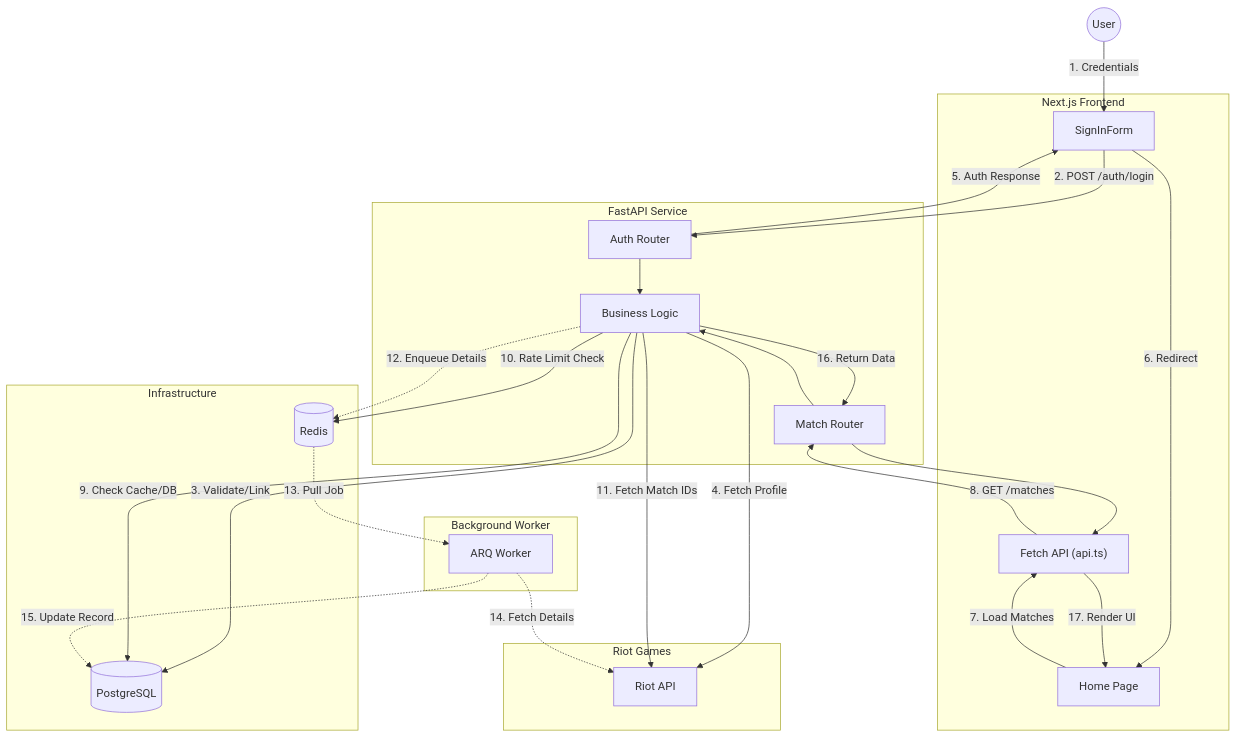
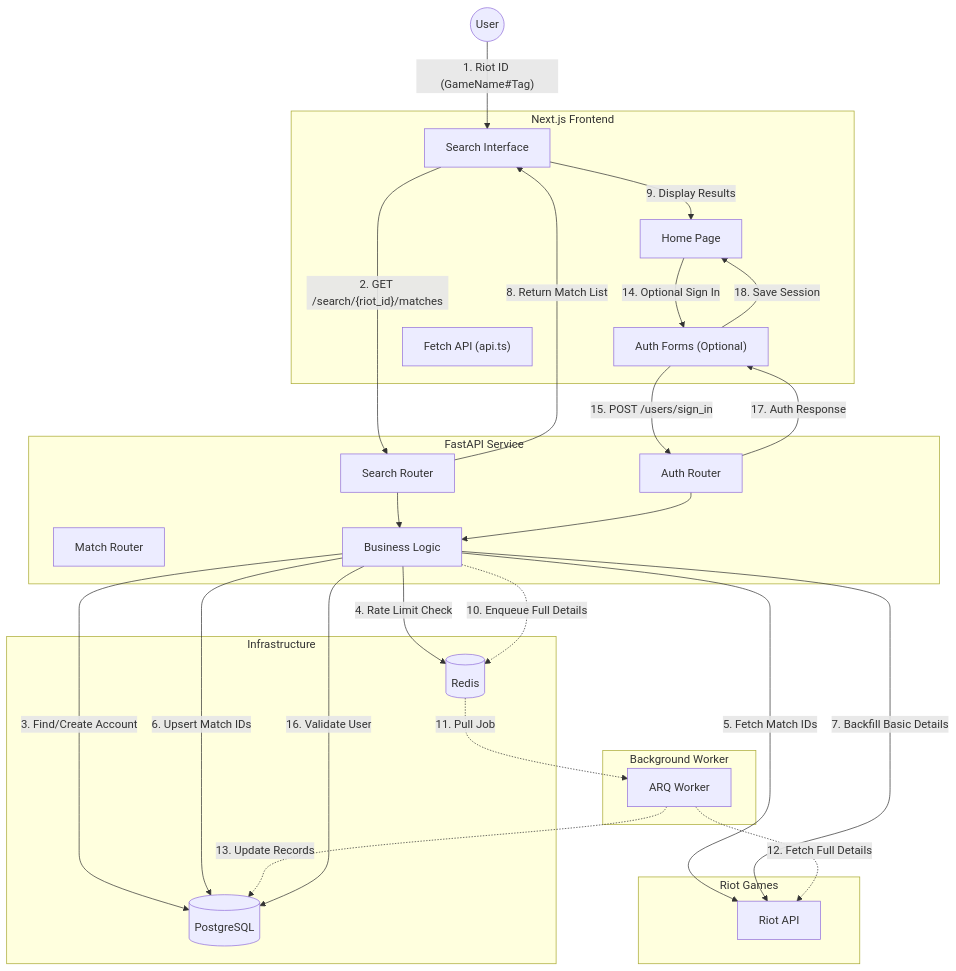
Before and after one commit to JairoE/league-match-analyzer: the diagram in docs/signin-to-home-request-flow.md, drawn with Mermaid. The commit also changed other lines of this file and 17 other files, not shown here.

````diff
--- a/docs/signin-to-home-request-flow.md
+++ b/docs/signin-to-home-request-flow.md
@@ -15,60 +15,58 @@
 ```mermaid
 graph TD
   %% Nodes
   User((User))
-  
+
   subgraph Frontend ["Next.js Frontend"]
-    SignIn["SignInForm"]
+    Search["Search Interface"]
     Home["Home Page"]
+    Auth["Auth Forms (Optional)"]
     Fetch["Fetch API (api.ts)"]
   end
-  
+
   subgraph Backend ["FastAPI Service"]
+    SearchRoute["Search Router"]
     AuthRoute["Auth Router"]
     MatchRoute["Match Router"]
     Service["Business Logic"]
   end
-  
+
   subgraph Infra ["Infrastructure"]
     DB[("PostgreSQL")]
     Redis[("Redis")]
   end
-  
+
   subgraph Workers ["Background Worker"]
     ARQ["ARQ Worker"]
   end
-  
+
   subgraph External ["Riot Games"]
     Riot["Riot API"]
   end
 
-  %% Sign In Flow
-  User -- "1. Credentials" --> SignIn
-  SignIn -- "2. POST /auth/login" --> AuthRoute
+  %% Primary Search Flow
+  User -- "1. Riot ID (GameName#Tag)" --> Search
+  Search -- "2. GET /search/{riot_id}/matches" --> SearchRoute
+  SearchRoute --> Service
+  Service -- "3. Find/Create Account" --> DB
+  Service -- "4. Rate Limit Check" --> Redis
+  Service -- "5. Fetch Match IDs" --> Riot
+  Service -- "6. Upsert Match IDs" --> DB
+  Service -- "7. Backfill Basic Details" --> Riot
+  SearchRoute -- "8. Return Match List" --> Search
+  Search -- "9. Display Results" --> Home
+
+  %% Background Task (Async)
+  Service -. "10. Enqueue Full Details" .-> Redis
+  Redis -. "11. Pull Job" .-> ARQ
+  ARQ -. "12. Fetch Full Details" .-> Riot
+  ARQ -. "13. Update Records" .-> DB
+
+  %% Optional Auth Flow
+  Home -- "14. Optional Sign In" --> Auth
+  Auth -- "15. POST /users/sign_in" --> AuthRoute
   AuthRoute --> Service
-  Service -- "3. Validate/Link" --> DB
-  Service -- "4. Fetch Profile" --> Riot
-  AuthRoute -- "5. Auth Response" --> SignIn
-  SignIn -- "6. Redirect" --> Home
-
-  %% Home Page Flow
-  Home -- "7. Load Matches" --> Fetch
-  Fetch -- "8. GET /matches" --> MatchRoute
-  MatchRoute --> Service
-  
-  %% Sync Logic
-  Service -- "9. Check Cache/DB" --> DB
-  Service -- "10. Rate Limit Check" --> Redis
-  Service -- "11. Fetch Match IDs" --> Riot
-  
-  %% Background Task (Async)
-  Service -. "12. Enqueue Details" .-> Redis
-  Redis -. "13. Pull Job" .-> ARQ
-  ARQ -. "14. Fetch Details" .-> Riot
-  ARQ -. "15. Update Record" .-> DB
-  
-  %% Response
-  Service -- "16. Return Data" --> MatchRoute
-  MatchRoute --> Fetch
-  Fetch -- "17. Render UI" --> Home
+  Service -- "16. Validate User" --> DB
+  AuthRoute -- "17. Auth Response" --> Auth
+  Auth -- "18. Save Session" --> Home
 ```
````
